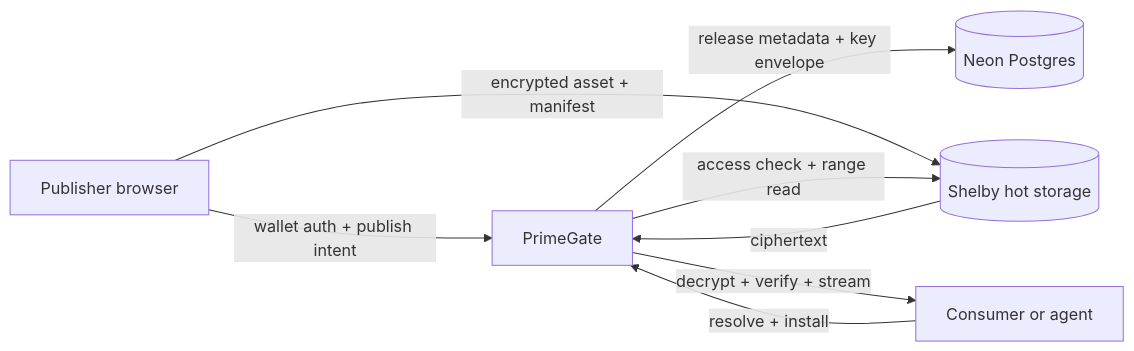
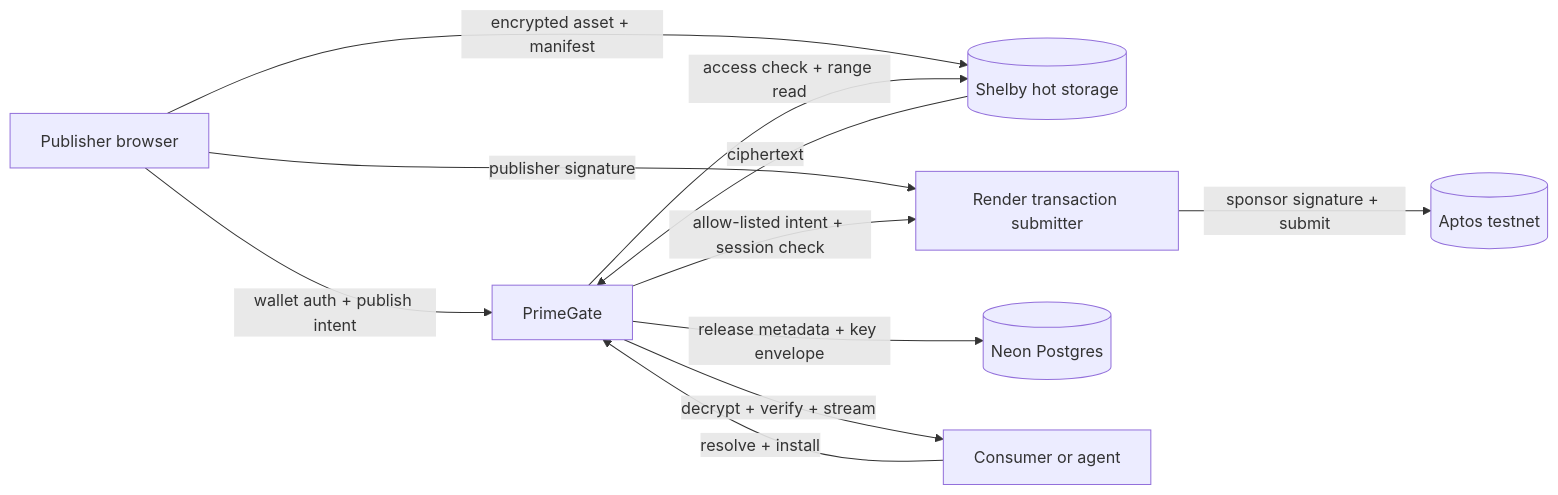
Before and after one commit to Jr-kenny/primegate-hub: the diagram in README.md, drawn with Mermaid. The commit also changed other lines of this file and 13 other files, not shown here.

Commit message:
feat: add sponsored transaction submitter

````diff
--- a/README.md
+++ b/README.md
@@ -31,10 +32,13 @@
 ```mermaid
 flowchart LR
   publisher[Publisher browser] -->|wallet auth + publish intent| primegate[PrimeGate]
   publisher -->|encrypted asset + manifest| shelby[(Shelby hot storage)]
+  publisher -->|publisher signature| submitter[Render transaction submitter]
+  submitter -->|sponsor signature + submit| aptos[(Aptos testnet)]
+  primegate -->|allow-listed intent + session check| submitter
   primegate -->|release metadata + key envelope| neon[(Neon Postgres)]
   consumer[Consumer or agent] -->|resolve + install| primegate
   primegate -->|access check + range read| shelby
   shelby -->|ciphertext| primegate
   primegate -->|decrypt + verify + stream| consumer
 ```
````
